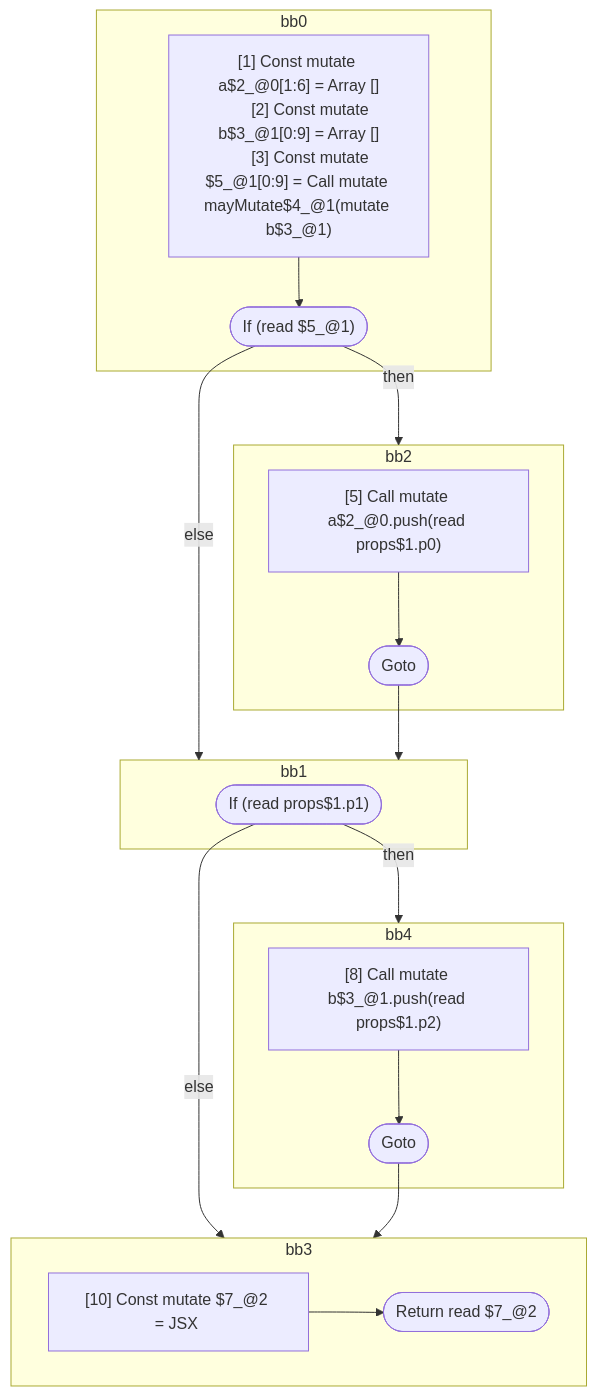
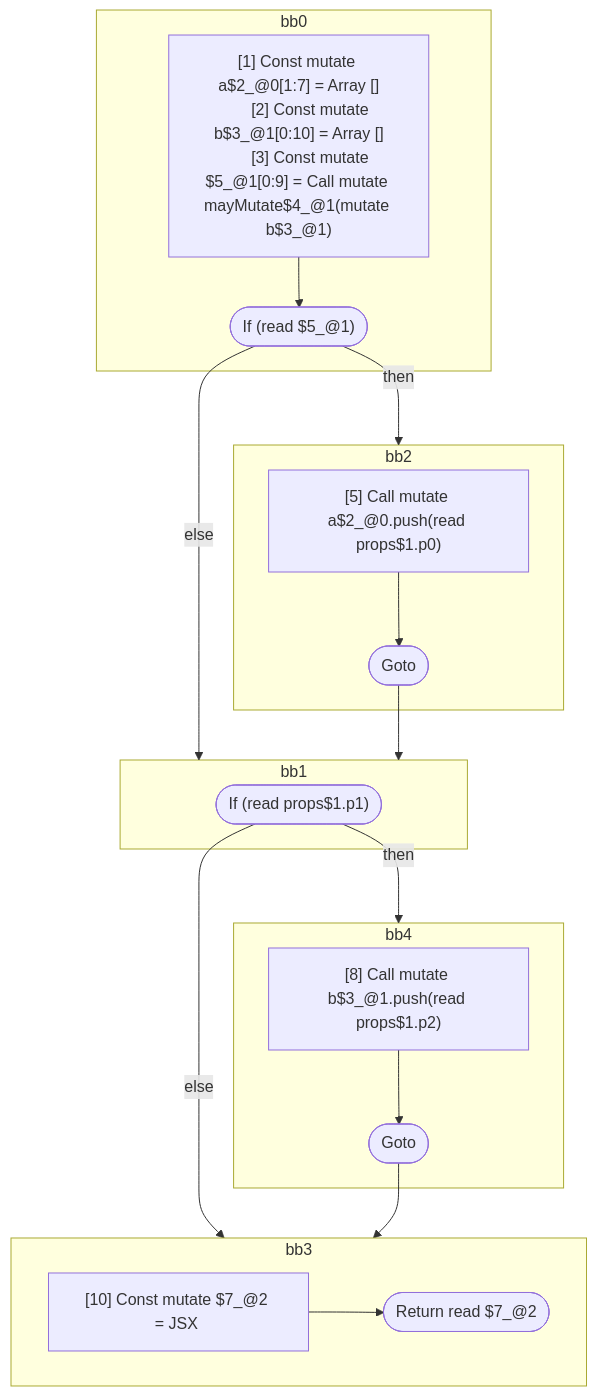
The second of 4 diagrams in compiler/forget/src/__tests__/fixtures/hir/conditional-on-mutable.expect.md (wutsmog/private), drawn with Mermaid before and after one commit. The commit also changed other lines of this file and 26 other files, not shown here.

````diff
--- a/compiler/forget/src/__tests__/fixtures/hir/conditional-on-mutable.expect.md
+++ b/compiler/forget/src/__tests__/fixtures/hir/conditional-on-mutable.expect.md
@@ -179,42 +179,42 @@
 ```mermaid
 flowchart TB
   %% Basic Blocks
   subgraph bb0
     bb0_instrs["
-      [1] Const mutate a$2_@0[1:6] = Array []
-      [2] Const mutate b$3_@1[0:9] = Array []
+      [1] Const mutate a$2_@0[1:7] = Array []
+      [2] Const mutate b$3_@1[0:10] = Array []
       [3] Const mutate $5_@1[0:9] = Call mutate mayMutate$4_@1(mutate b$3_@1)
     "]
     bb0_instrs --> bb0_terminal(["If (read $5_@1)"])
   end
   subgraph bb2
     bb2_instrs["
       [5] Call mutate a$2_@0.push(read props$1.p0)
     "]
     bb2_instrs --> bb2_terminal(["Goto"])
   end
   subgraph bb1
     bb1_terminal(["If (read props$1.p1)"])
   end
   subgraph bb4
     bb4_instrs["
       [8] Call mutate b$3_@1.push(read props$1.p2)
     "]
     bb4_instrs --> bb4_terminal(["Goto"])
   end
   subgraph bb3
     bb3_instrs["
       [10] Const mutate $7_@2 = JSX <read Foo$6 a={freeze a$2_@0} b={freeze b$3_@1} ></read Foo$6>
     "]
     bb3_instrs --> bb3_terminal(["Return read $7_@2"])
   end
 
   %% Jumps
   bb0_terminal -- "then" --> bb2
   bb0_terminal -- "else" --> bb1
   bb2_terminal --> bb1
   bb1_terminal -- "then" --> bb4
   bb1_terminal -- "else" --> bb3
   bb4_terminal --> bb3
 
 ```
````
